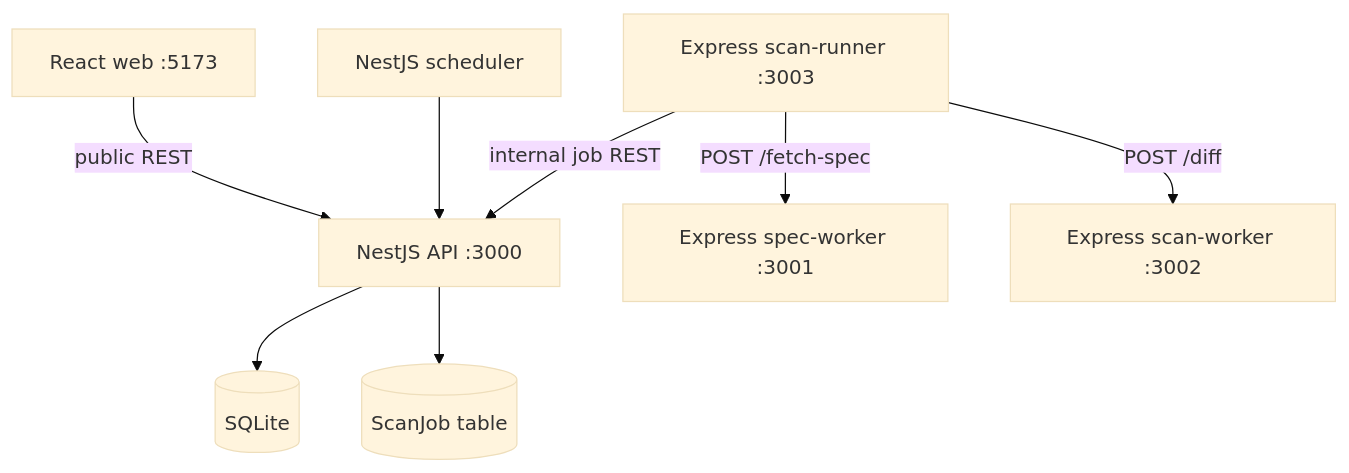
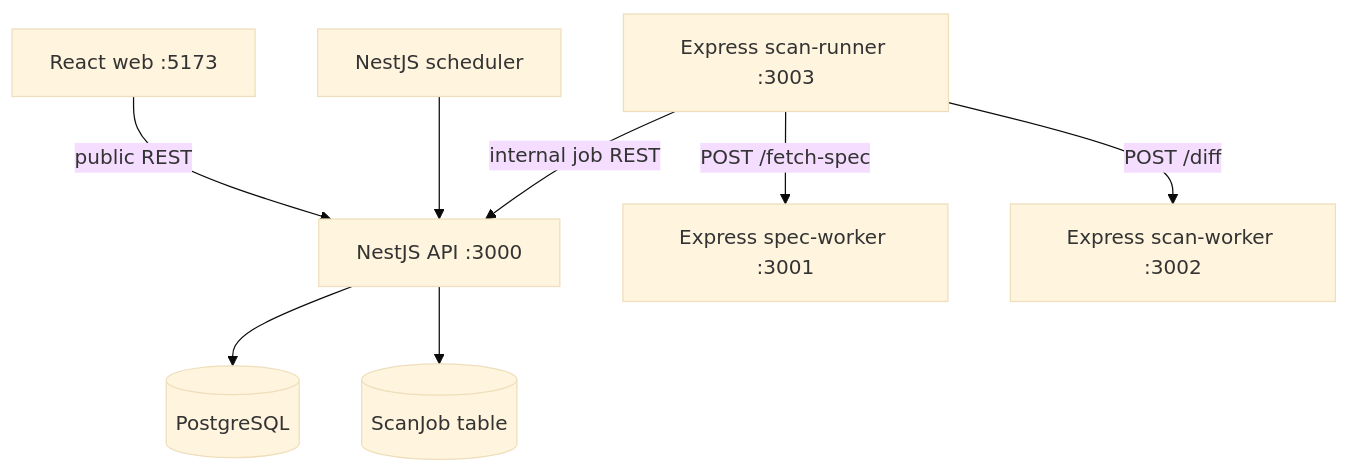
The first of 3 diagrams in docs/architecture.md (zrira/contrava), drawn with Mermaid (base theme) before and after one commit. The commit also changed other lines of this file and 9 other files, not shown here.

Commit message:
docs: document PostgreSQL concurrency model

````diff
--- a/docs/architecture.md
+++ b/docs/architecture.md
@@ -5,10 +5,10 @@
 ```mermaid
 flowchart TD
   Browser[React web :5173] -->|public REST| API[NestJS API :3000]
-  API --> DB[(SQLite)]
+  API --> DB[(PostgreSQL)]
   Scheduler[NestJS scheduler] --> API
   API --> Queue[(ScanJob table)]
   Runner[Express scan-runner :3003] -->|internal job REST| API
   Runner -->|POST /fetch-spec| Spec[Express spec-worker :3001]
   Runner -->|POST /diff| Diff[Express scan-worker :3002]
 ```
````
